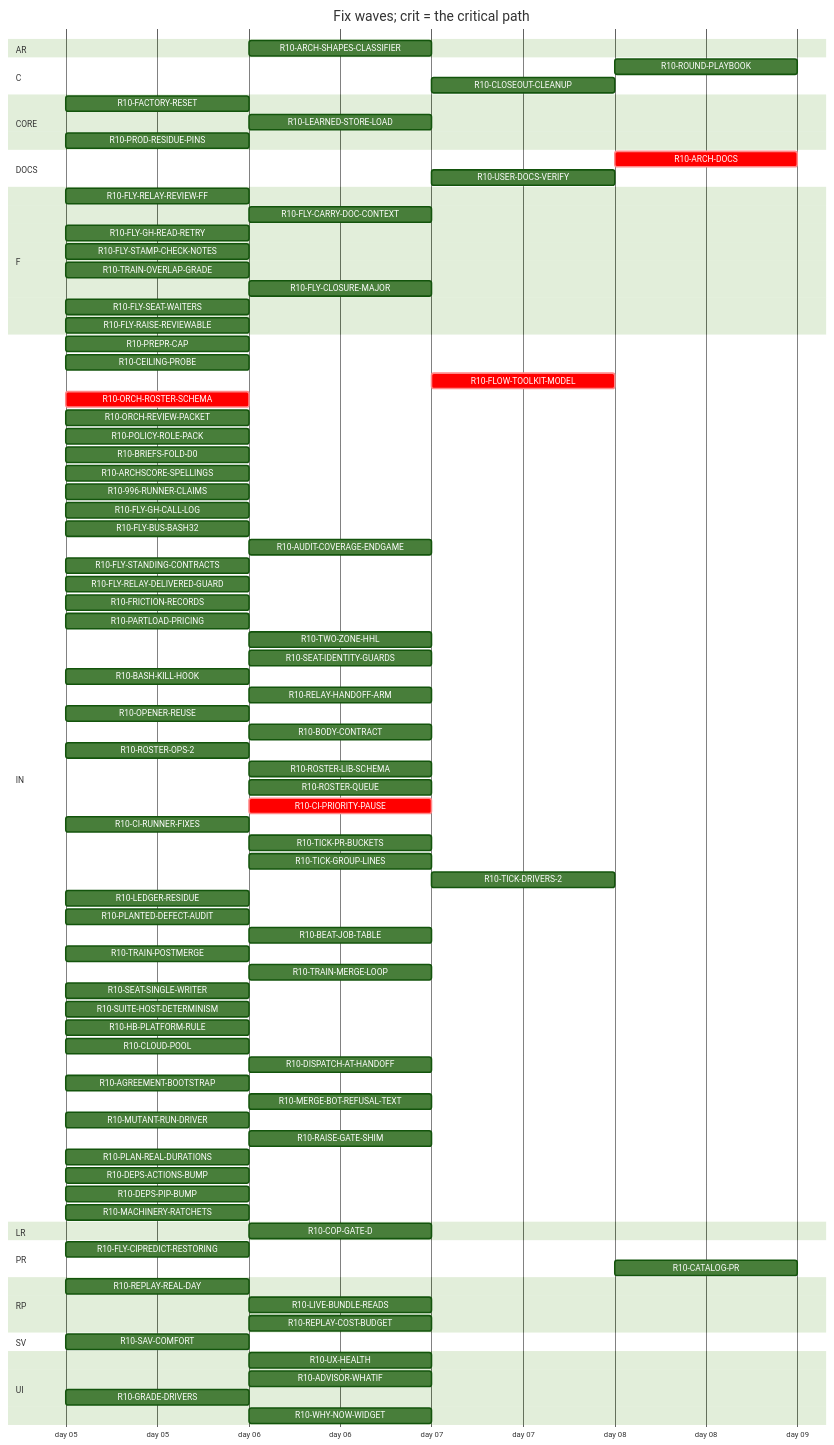
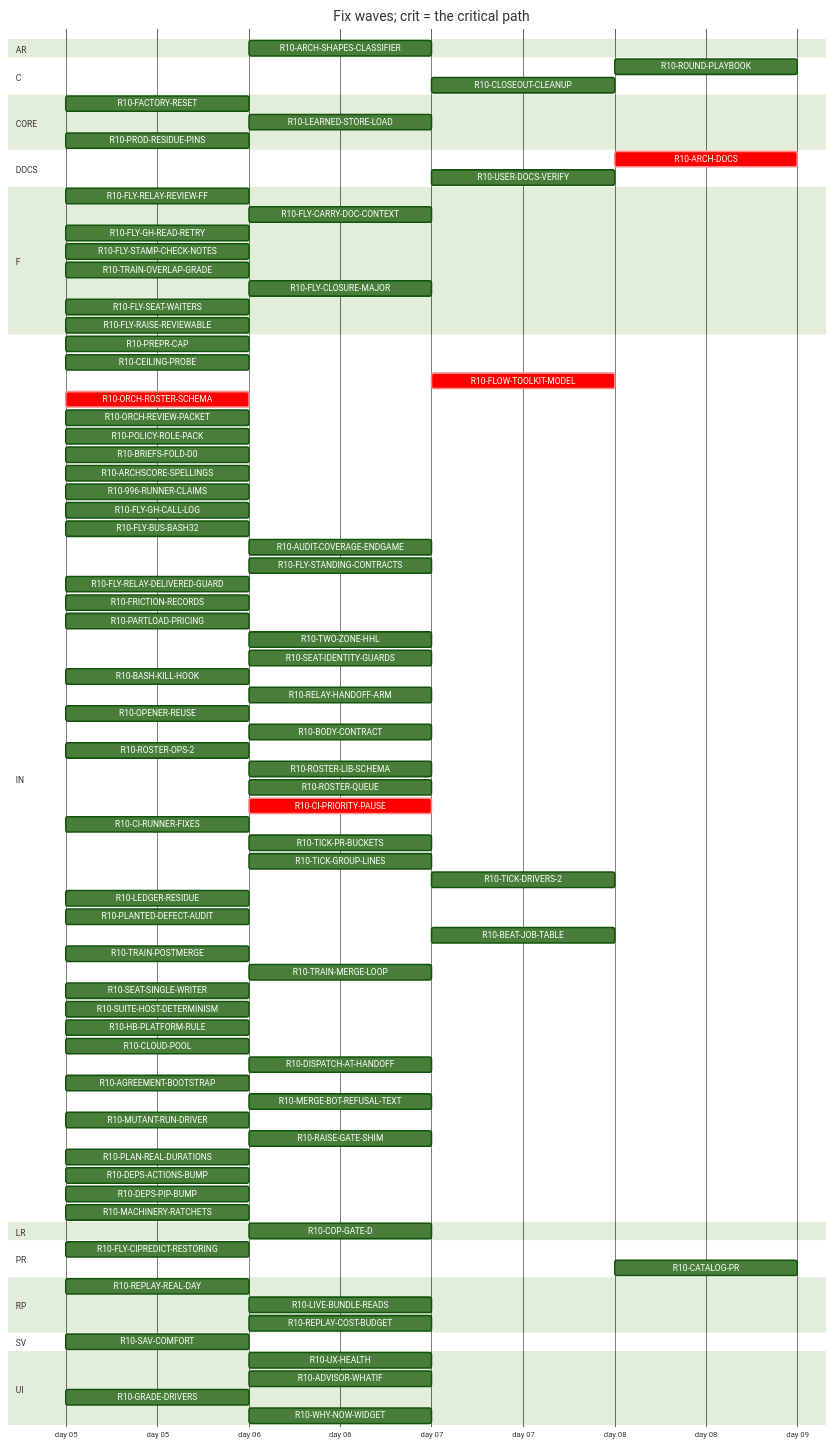
The diagram in handoff/round10/state/PLAN-TABLE.md (tvofi/heatpump_optimizer), drawn with Mermaid (forest theme) before and after one commit. The commit also changed other lines of this file and 4 other files, not shown here.

Commit message:
state: FLOW-BOARD.md, NEXT-SESSION-PROMPT.md, PLAN-TABLE.md, PLAN.html, RESUME-CURRENT.md regenerated (state_docs.py)

```diff
--- a/handoff/round10/state/PLAN-TABLE.md
+++ b/handoff/round10/state/PLAN-TABLE.md
@@ -60,7 +60,7 @@
     R10-FLY-GH-CALL-LOG :r10FLYGHCALLLOG, 2026-01-05, 1d
     R10-FLY-BUS-BASH32 :r10FLYBUSBASH32, 2026-01-05, 1d
     R10-AUDIT-COVERAGE-ENDGAME :r10AUDITCOVERAGEENDGAME, after r10996RUNNERCLAIMS, 1d
-    R10-FLY-STANDING-CONTRACTS :r10FLYSTANDINGCONTRACTS, 2026-01-05, 1d
+    R10-FLY-STANDING-CONTRACTS :r10FLYSTANDINGCONTRACTS, after r10MACHINERYRATCHETS, 1d
     R10-FLY-RELAY-DELIVERED-GUARD :r10FLYRELAYDELIVEREDGUARD, 2026-01-05, 1d
     R10-FRICTION-RECORDS :r10FRICTIONRECORDS, 2026-01-05, 1d
     R10-PARTLOAD-PRICING :r10PARTLOADPRICING, 2026-01-05, 1d
```
